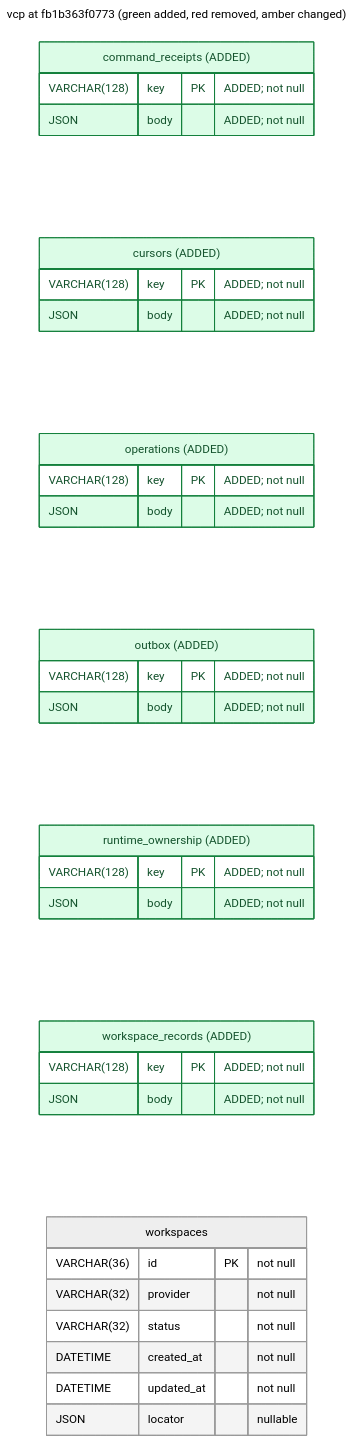
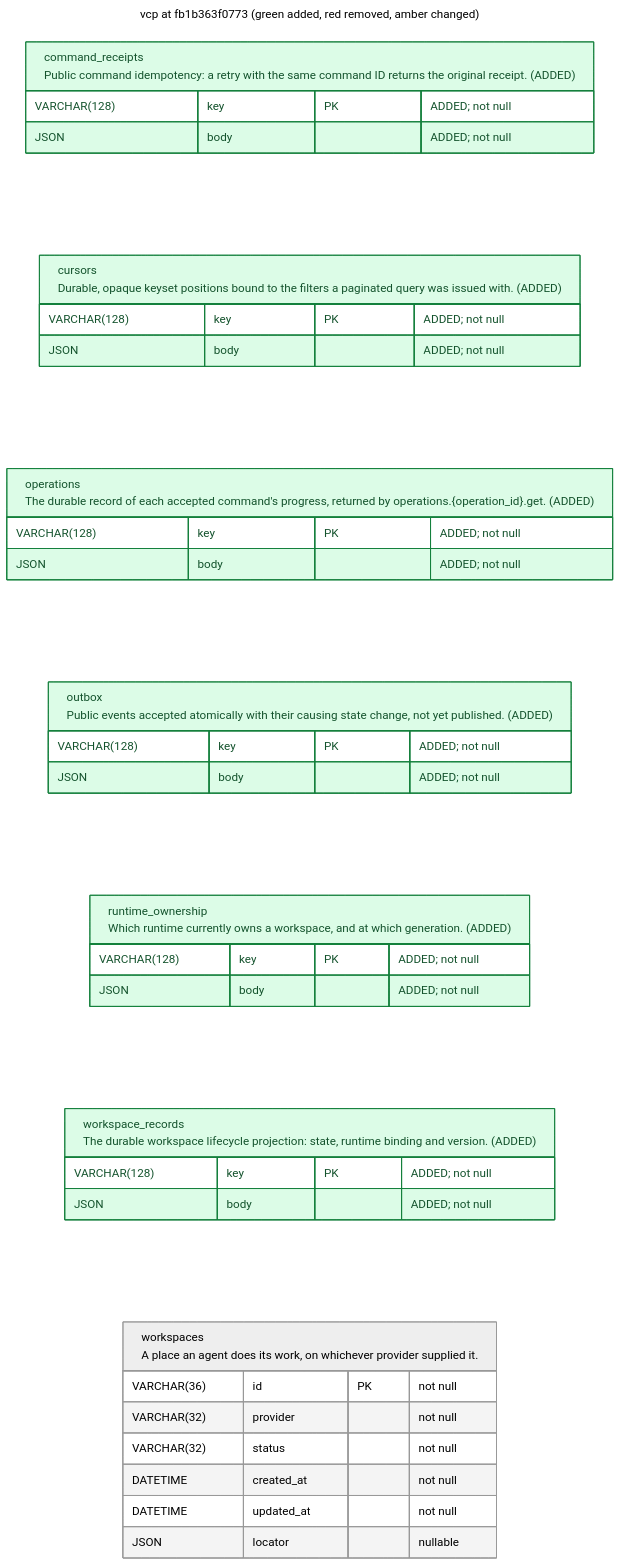
The diagram in v2/docs/schema/vcp/fb1b363f0773.mermaid (OpenEngine/OpenEngine), drawn with Mermaid before and after one commit. The commit also changed 5 other files, not shown here.

Commit message:
docs: update service schemas

```diff
--- a/v2/docs/schema/vcp/fb1b363f0773.mermaid
+++ b/v2/docs/schema/vcp/fb1b363f0773.mermaid
@@ -1,51 +1,51 @@
 ---
 title: vcp at fb1b363f0773 (green added, red removed, amber changed)
 config:
   theme: neutral
 ---
 erDiagram
     direction LR
     %% REMOVED tables/columns are tombstones, absent from this revision's schema.
     %% Column changes include type, nullability, default and key membership.
     %% Table changes also include indexes and constraints.
     classDef added fill:#dcfce7,stroke:#15803d,color:#14532d
     classDef removed fill:#fee2e2,stroke:#b91c1c,color:#7f1d1d
     classDef changed fill:#fef3c7,stroke:#b45309,color:#78350f
-    command_receipts["command_receipts (ADDED)"] {
+    command_receipts["command_receipts<br/>Public command idempotency: a retry with the same command ID returns the original receipt. (ADDED)"] {
         VARCHAR(128) key PK "ADDED; not null"
         JSON body "ADDED; not null"
     }
     class command_receipts added
-    cursors["cursors (ADDED)"] {
+    cursors["cursors<br/>Durable, opaque keyset positions bound to the filters a paginated query was issued with. (ADDED)"] {
         VARCHAR(128) key PK "ADDED; not null"
         JSON body "ADDED; not null"
     }
     class cursors added
-    operations["operations (ADDED)"] {
+    operations["operations<br/>The durable record of each accepted command's progress, returned by operations.{operation_id}.get. (ADDED)"] {
         VARCHAR(128) key PK "ADDED; not null"
         JSON body "ADDED; not null"
     }
     class operations added
-    outbox["outbox (ADDED)"] {
+    outbox["outbox<br/>Public events accepted atomically with their causing state change, not yet published. (ADDED)"] {
         VARCHAR(128) key PK "ADDED; not null"
         JSON body "ADDED; not null"
     }
     class outbox added
-    runtime_ownership["runtime_ownership (ADDED)"] {
+    runtime_ownership["runtime_ownership<br/>Which runtime currently owns a workspace, and at which generation. (ADDED)"] {
         VARCHAR(128) key PK "ADDED; not null"
         JSON body "ADDED; not null"
     }
     class runtime_ownership added
-    workspace_records["workspace_records (ADDED)"] {
+    workspace_records["workspace_records<br/>The durable workspace lifecycle projection: state, runtime binding and version. (ADDED)"] {
         VARCHAR(128) key PK "ADDED; not null"
         JSON body "ADDED; not null"
     }
     class workspace_records added
-    workspaces["workspaces"] {
+    workspaces["workspaces<br/>A place an agent does its work, on whichever provider supplied it."] {
         VARCHAR(36) id PK "not null"
         VARCHAR(32) provider "not null"
         VARCHAR(32) status "not null"
         DATETIME created_at "not null"
         DATETIME updated_at "not null"
         JSON locator "nullable"
     }
```
